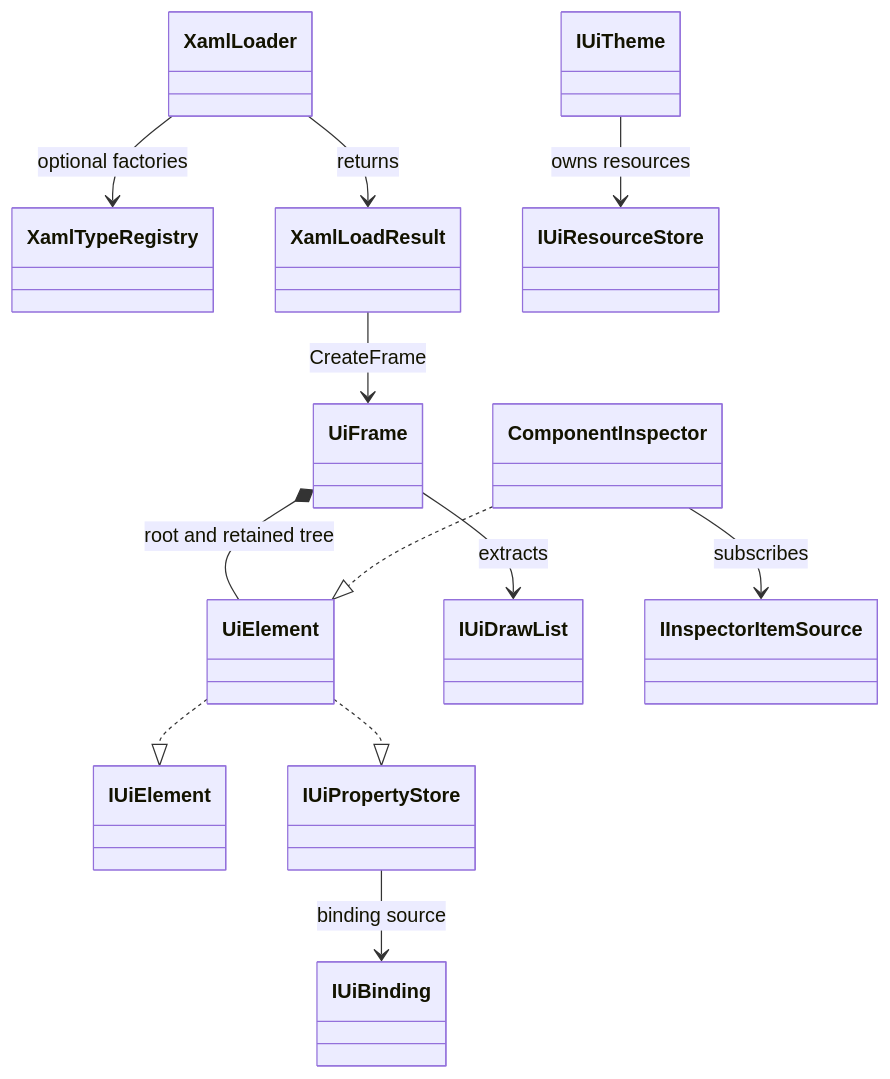
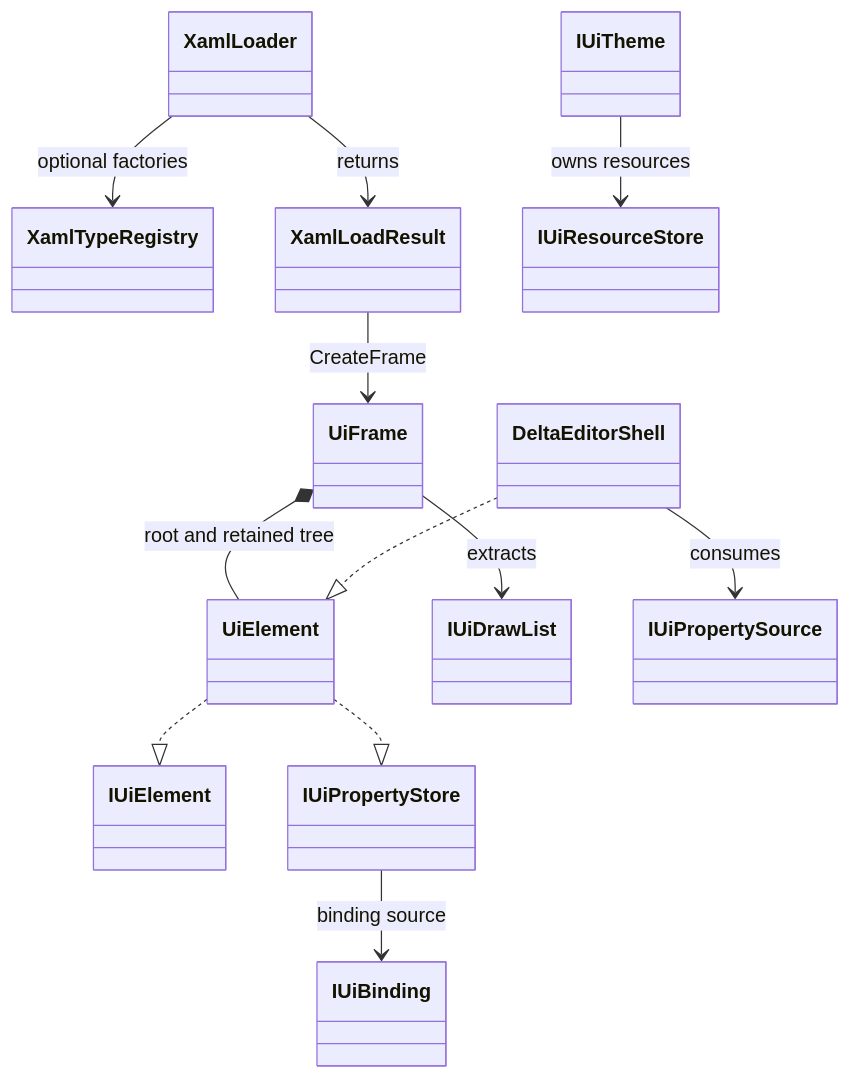
Before and after one commit to Artromskiy/DeltaXAML: the second of 2 diagrams in ARCHITECTURE.md, drawn with Mermaid. The commit also changed other lines of this file and 11 other files, not shown here.

Commit message:
Move editor shell out of DeltaXAML

````diff
--- a/ARCHITECTURE.md
+++ b/ARCHITECTURE.md
@@ -276,28 +282,28 @@
 ```mermaid
 classDiagram
     class XamlLoader
     class XamlTypeRegistry
     class XamlLoadResult
     class UiFrame
     class UiElement
     class IUiElement
     class IUiPropertyStore
     class IUiBinding
     class IUiTheme
     class IUiResourceStore
     class IUiDrawList
-    class ComponentInspector
-    class IInspectorItemSource
+    class DeltaEditorShell
+    class IUiPropertySource
 
     XamlLoader --> XamlTypeRegistry : optional factories
     XamlLoader --> XamlLoadResult : returns
     XamlLoadResult --> UiFrame : CreateFrame
     UiFrame *-- UiElement : root and retained tree
     UiElement ..|> IUiElement
     UiElement ..|> IUiPropertyStore
     IUiPropertyStore --> IUiBinding : binding source
     UiFrame --> IUiDrawList : extracts
     IUiTheme --> IUiResourceStore : owns resources
-    ComponentInspector ..|> UiElement
-    ComponentInspector --> IInspectorItemSource : subscribes
+    DeltaEditorShell ..|> UiElement
+    DeltaEditorShell --> IUiPropertySource : consumes
 ```
````
